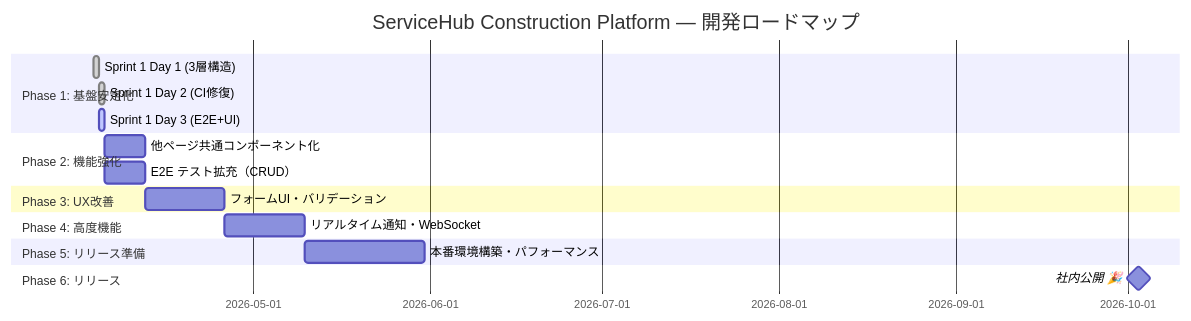
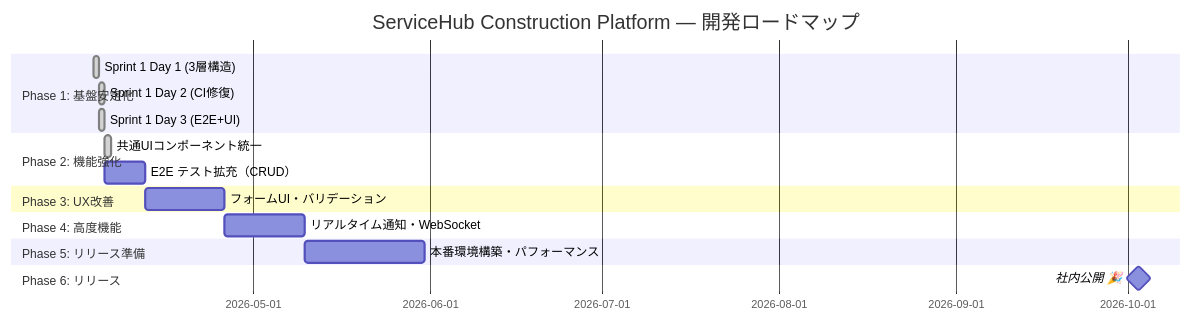
One commit to Kensan196948G/ServiceHub-Construction-Platform changed the fourth of 6 diagrams in README.md. Above: the diagram before and after it, drawn with Mermaid. The commit also changed other lines of this file and 13 other files, not shown here.

````diff
--- a/README.md
+++ b/README.md
@@ -181,20 +182,20 @@
 ```mermaid
 gantt
     title ServiceHub Construction Platform — 開発ロードマップ
     dateFormat  YYYY-MM-DD
     section Phase 1: 基盤安定化
     Sprint 1 Day 1 (3層構造)    :done, s1d1, 2026-04-03, 1d
     Sprint 1 Day 2 (CI修復)     :done, s1d2, 2026-04-04, 1d
-    Sprint 1 Day 3 (E2E+UI)     :active, s1d3, 2026-04-04, 1d
+    Sprint 1 Day 3 (E2E+UI)     :done, s1d3, 2026-04-04, 1d
     section Phase 2: 機能強化
-    他ページ共通コンポーネント化  :s2a, 2026-04-05, 7d
+    共通UIコンポーネント統一     :done, s2a, 2026-04-05, 1d
     E2E テスト拡充（CRUD）       :s2b, 2026-04-05, 7d
     section Phase 3: UX改善
     フォームUI・バリデーション    :s3, 2026-04-12, 14d
     section Phase 4: 高度機能
     リアルタイム通知・WebSocket  :s4, 2026-04-26, 14d
     section Phase 5: リリース準備
     本番環境構築・パフォーマンス  :s5, 2026-05-10, 21d
     section Phase 6: リリース
     社内公開 🎉                  :milestone, m1, 2026-10-03, 0d
 ```
````
